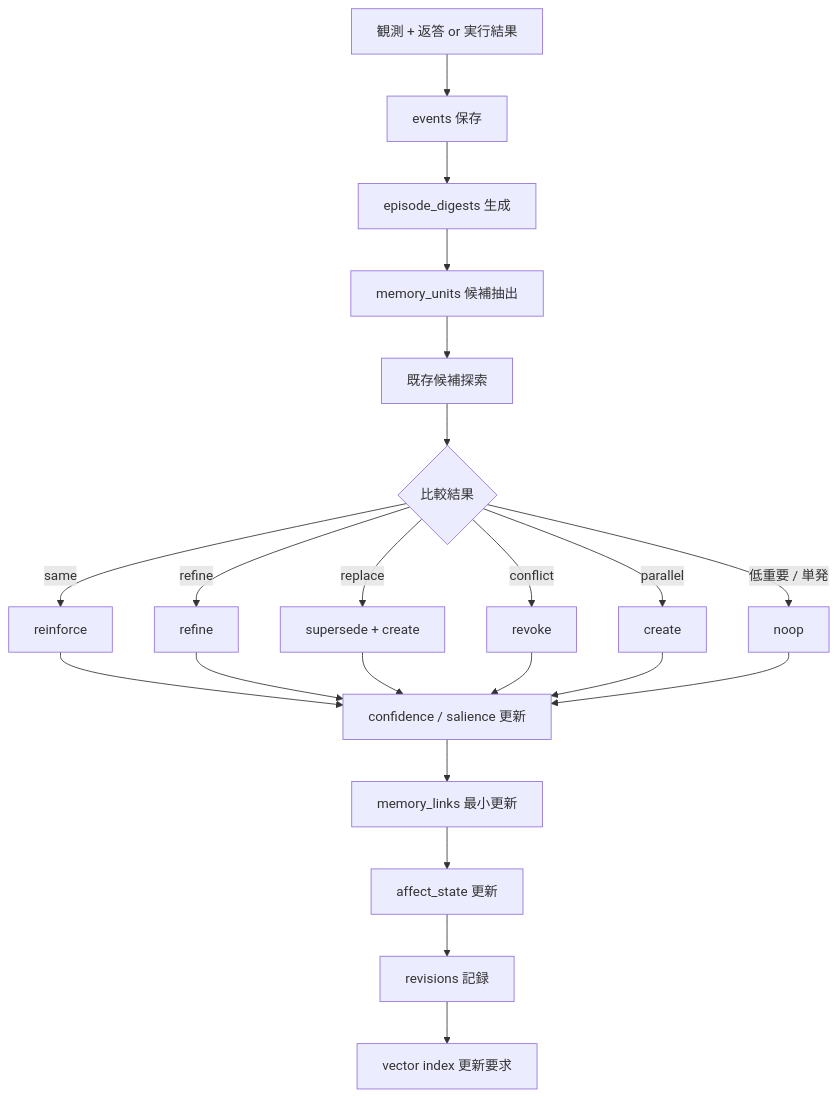
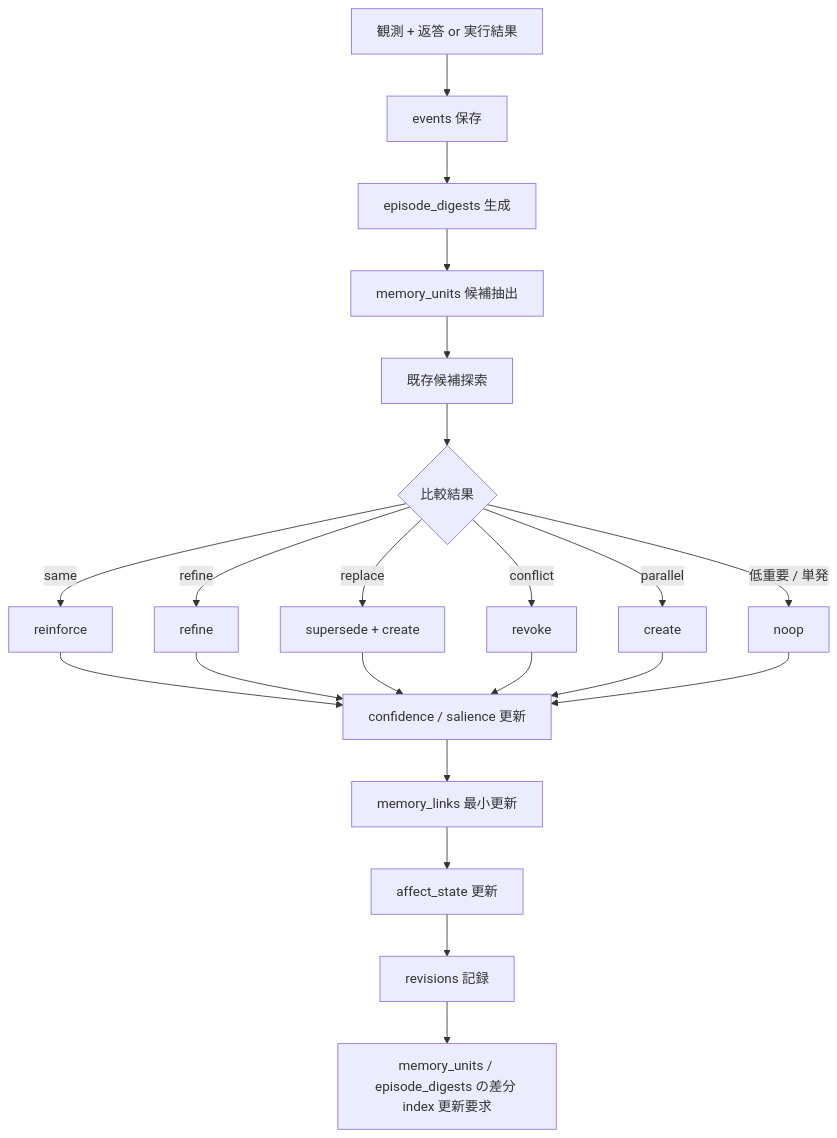
The sixth of 10 diagrams in docs/reference/memory/02_想起と判断フロー図.md (hirona98/OtomeKairo), drawn with Mermaid before and after one commit. The commit also changed other lines of this file and 4 other files, not shown here.

````diff
--- a/docs/reference/memory/02_想起と判断フロー図.md
+++ b/docs/reference/memory/02_想起と判断フロー図.md
@@ -332,27 +332,27 @@
 ```mermaid
 flowchart TD
     A[観測 + 返答 or 実行結果] --> B[events 保存]
     B --> C[episode_digests 生成]
     C --> D[memory_units 候補抽出]
     D --> E[既存候補探索]
     E --> F{比較結果}
 
     F -->|same| G1[reinforce]
     F -->|refine| G2[refine]
     F -->|replace| G3[supersede + create]
     F -->|conflict| G4[revoke]
     F -->|parallel| G5[create]
     F -->|低重要 / 単発| G6[noop]
 
     G1 --> H[confidence / salience 更新]
     G2 --> H
     G3 --> H
     G4 --> H
     G5 --> H
     G6 --> H
 
     H --> I[memory_links 最小更新]
     I --> J[affect_state 更新]
     J --> K[revisions 記録]
-    K --> L[vector index 更新要求]
+    K --> L[memory_units / episode_digests の差分 index 更新要求]
 ```
````
